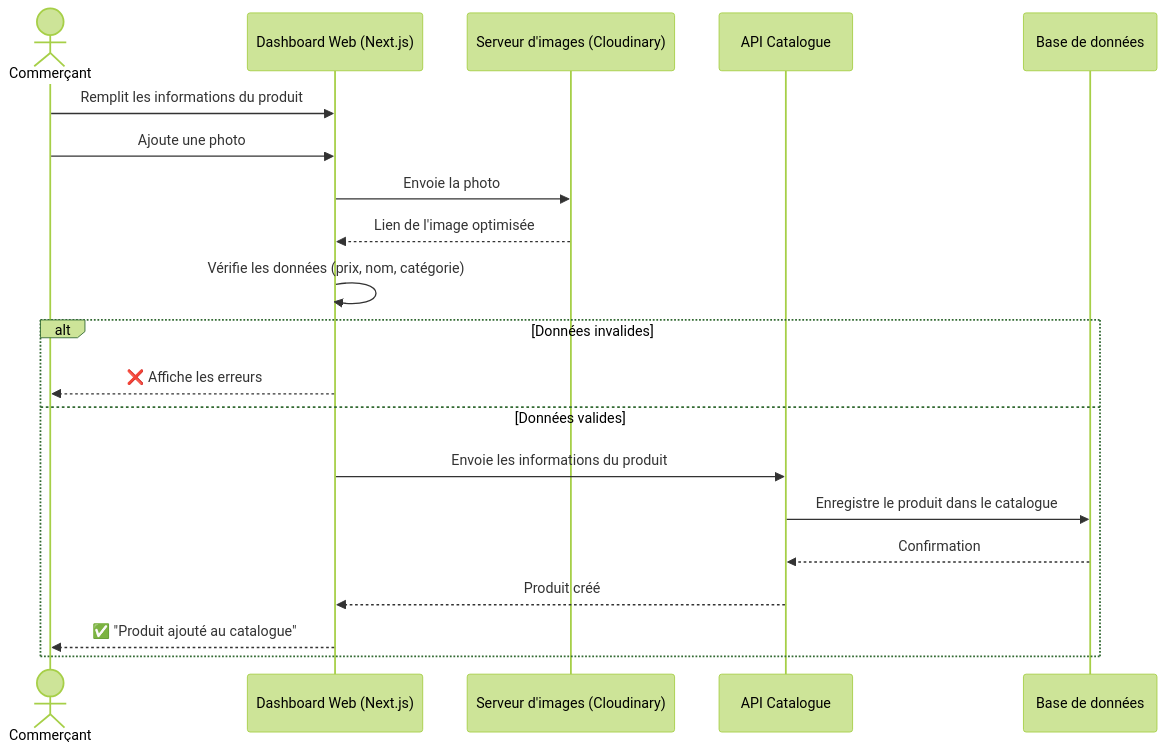
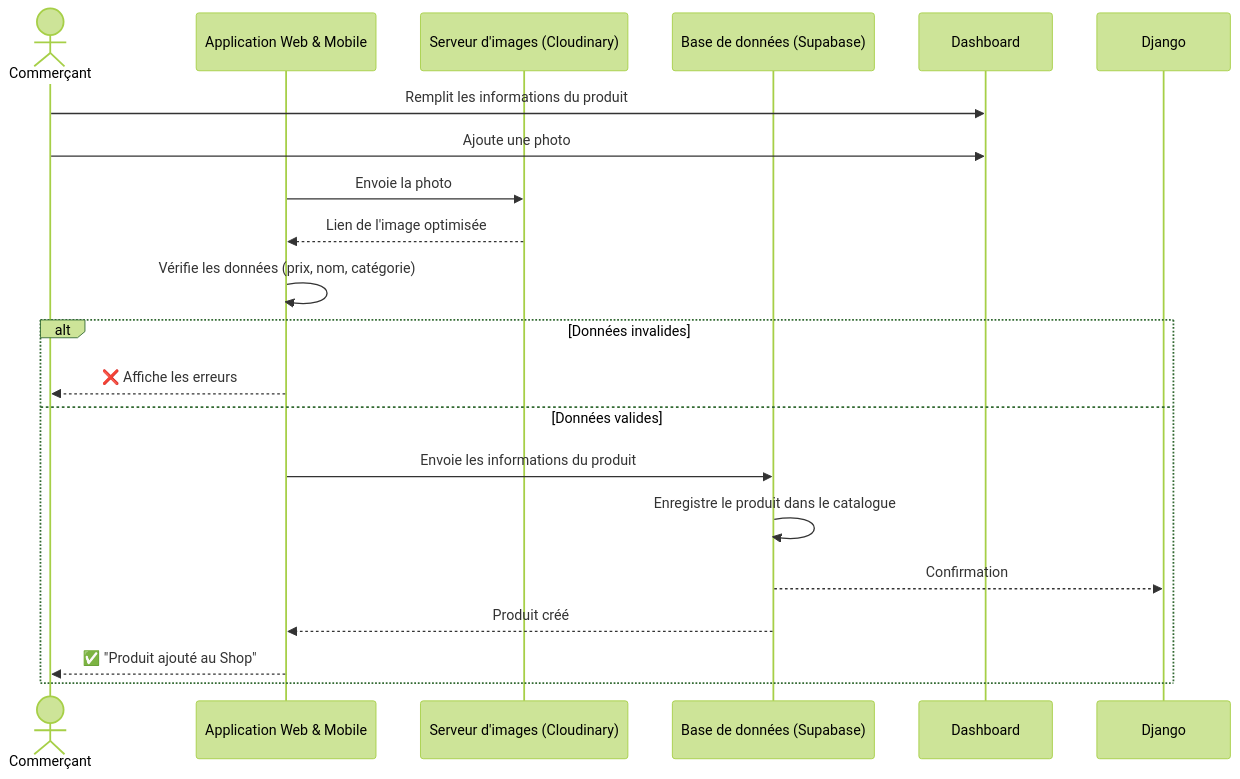
The ninth of 34 diagrams in SEQUENCE_DIAGRAMS_WORD_FORMAT_OPTIMIZED.md (Abderrahmen1111/private-PFE-repos), drawn with Mermaid (forest theme) before and after one commit. The commit also changed other lines of this file and 2 other files, not shown here.

Commit message:
docs: adapt sequence diagrams to Web/Mobile apps and Django SaaS Admin

````diff
--- a/SEQUENCE_DIAGRAMS_WORD_FORMAT_OPTIMIZED.md
+++ b/SEQUENCE_DIAGRAMS_WORD_FORMAT_OPTIMIZED.md
@@ -297,23 +295,22 @@
 ```mermaid
 sequenceDiagram
     actor Commerçant
-    participant Dashboard as Dashboard Web (Next.js)
+    participant App as Application Web & Mobile
     participant Cloudinary as Serveur d'images (Cloudinary)
-    participant Serveur as API Catalogue
-    participant BD as Base de données
+    participant BD as Base de données (Supabase)
 
     Commerçant->>Dashboard: Remplit les informations du produit
     Commerçant->>Dashboard: Ajoute une photo
-    Dashboard->>Cloudinary: Envoie la photo
-    Cloudinary-->>Dashboard: Lien de l'image optimisée
-    Dashboard->>Dashboard: Vérifie les données (prix, nom, catégorie)
+    App->>Cloudinary: Envoie la photo
+    Cloudinary-->>App: Lien de l'image optimisée
+    App->>App: Vérifie les données (prix, nom, catégorie)
     alt Données invalides
-        Dashboard-->>Commerçant: ❌ Affiche les erreurs
+        App-->>Commerçant: ❌ Affiche les erreurs
     else Données valides
-        Dashboard->>Serveur: Envoie les informations du produit
-        Serveur->>BD: Enregistre le produit dans le catalogue
-        BD-->>Serveur: Confirmation
-        Serveur-->>Dashboard: Produit créé
-        Dashboard-->>Commerçant: ✅ "Produit ajouté au catalogue"
+        App->>BD: Envoie les informations du produit
+        BD->>BD: Enregistre le produit dans le catalogue
+        BD-->>Django: Confirmation
+        BD-->>App: Produit créé
+        App-->>Commerçant: ✅ "Produit ajouté au Shop"
     end
 ```
````
